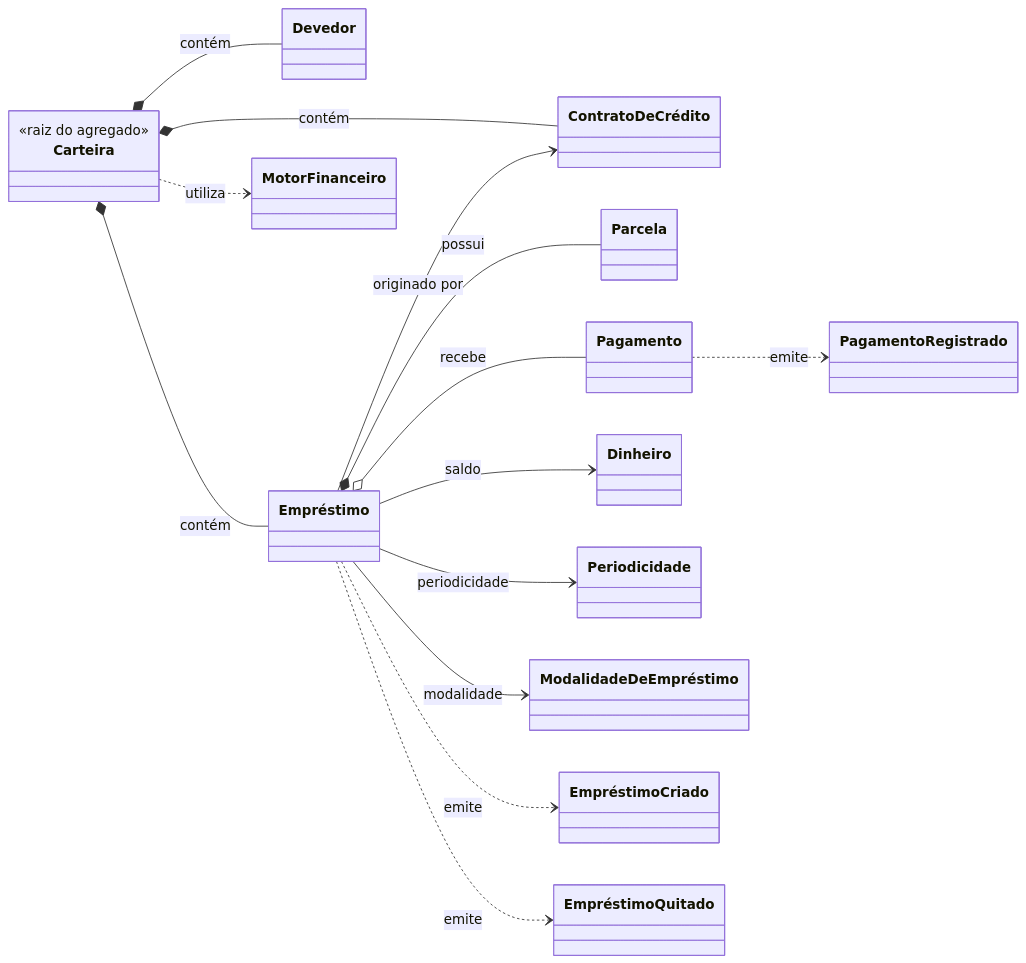
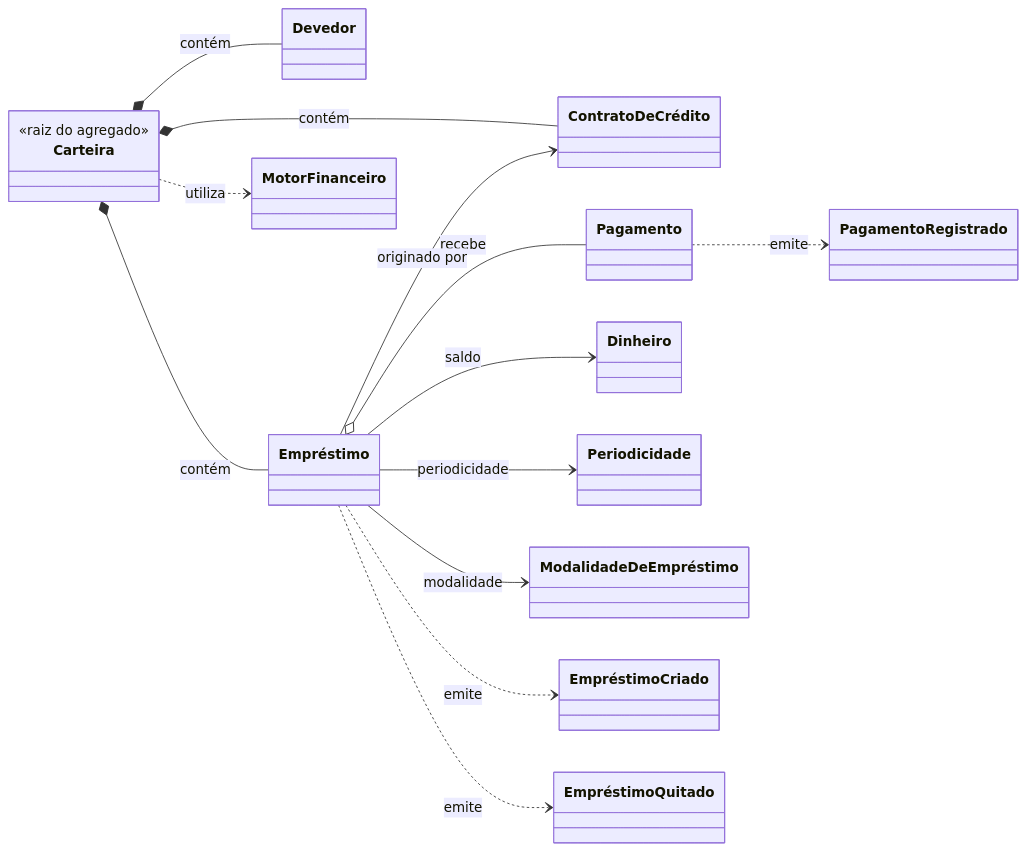
The diagram in docs/domain/credit/aggregates/DOMAIN-001-aggregate-carteira.md (quadradois/tianet), drawn with Mermaid before and after one commit. The commit also changed other lines of this file and 146 other files, not shown here.

````diff
--- a/docs/domain/credit/aggregates/DOMAIN-001-aggregate-carteira.md
+++ b/docs/domain/credit/aggregates/DOMAIN-001-aggregate-carteira.md
@@ -136,34 +134,32 @@
 ```mermaid
 classDiagram
     direction LR
 
     class Carteira {
         <<raiz do agregado>>
     }
     class Devedor
     class ContratoDeCrédito
     class Empréstimo
-    class Parcela
     class Pagamento
     class Dinheiro
     class Periodicidade
     class ModalidadeDeEmpréstimo
     class MotorFinanceiro
     class EmpréstimoCriado
     class PagamentoRegistrado
     class EmpréstimoQuitado
 
     Carteira *-- Devedor : contém
     Carteira *-- ContratoDeCrédito : contém
     Carteira *-- Empréstimo : contém
-    Empréstimo *-- Parcela : possui
     Empréstimo o-- Pagamento : recebe
     Empréstimo --> ContratoDeCrédito : originado por
     Empréstimo --> Dinheiro : saldo
     Empréstimo --> Periodicidade : periodicidade
     Empréstimo --> ModalidadeDeEmpréstimo : modalidade
     Carteira ..> MotorFinanceiro : utiliza
     Empréstimo ..> EmpréstimoCriado : emite
     Pagamento ..> PagamentoRegistrado : emite
     Empréstimo ..> EmpréstimoQuitado : emite
 ```
````
